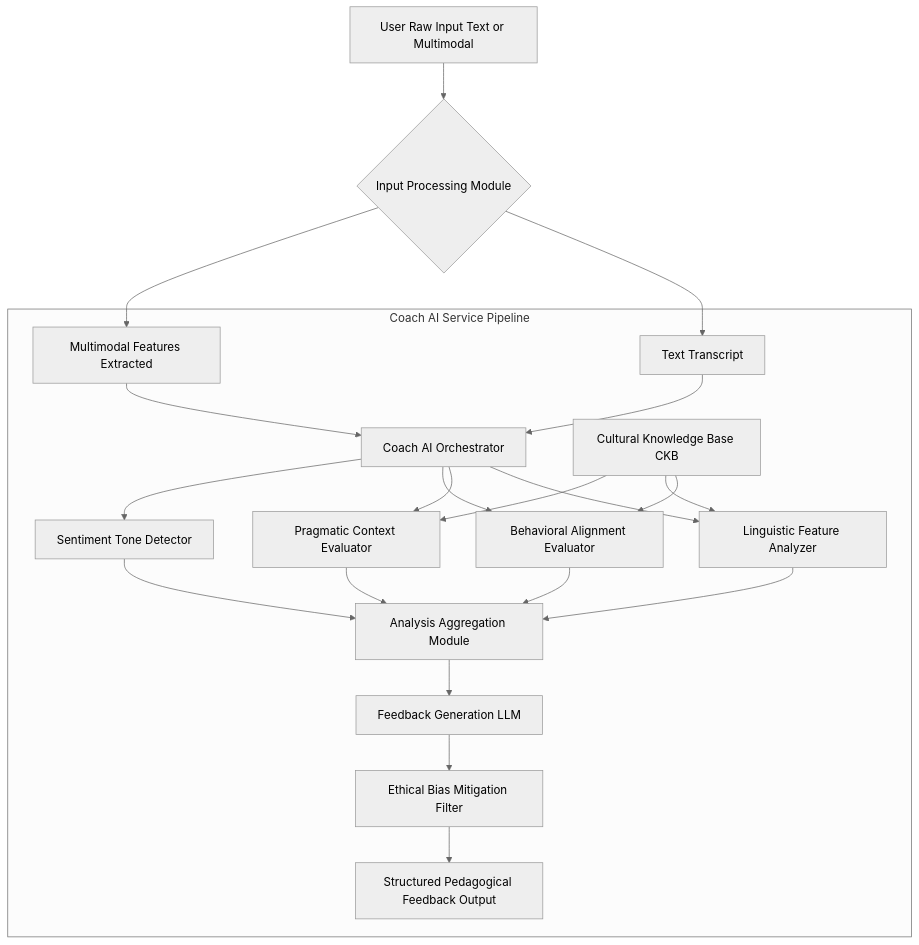
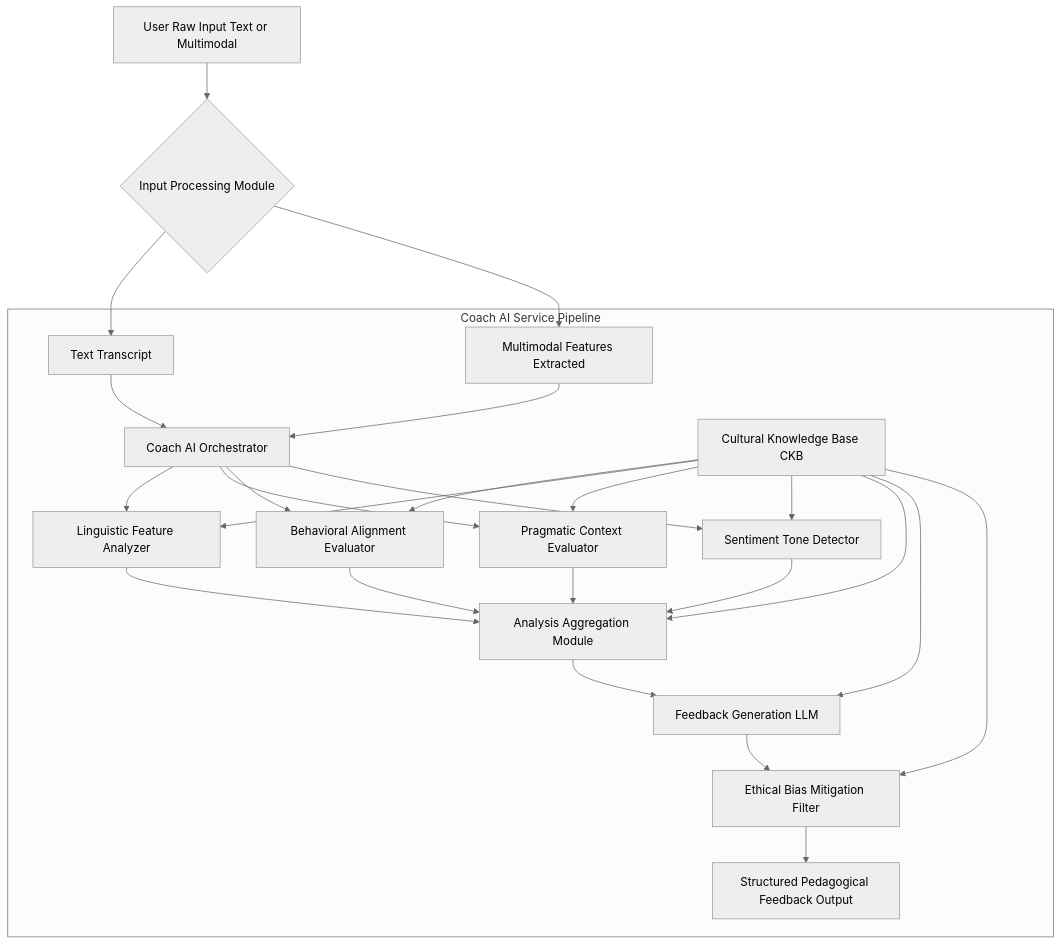
The first of 10 diagrams in inventions/inventions/019_cultural_communication_simulation_coach_ai_detailed_spec.md (diplomat-bit/Citibank_Demo_Business_Inc_Demonstration-), drawn with Mermaid (neutral theme) before and after one commit. The commit also changed other lines of this file, not shown here.

````diff
--- a/inventions/inventions/019_cultural_communication_simulation_coach_ai_detailed_spec.md
+++ b/inventions/inventions/019_cultural_communication_simulation_coach_ai_detailed_spec.md
@@ -13,29 +16,33 @@
 ```mermaid
 graph TD
     A[User Raw Input Text or Multimodal] --> B{Input Processing Module}
     B --> C[Text Transcript]
     B --> D[Multimodal Features Extracted]
 
     subgraph Coach AI Service Pipeline
         E[Coach AI Orchestrator]
         C --> E
         D --> E
 
         E --> F[Linguistic Feature Analyzer]
         E --> G[Pragmatic Context Evaluator]
         E --> H[Behavioral Alignment Evaluator]
         E --> I[Sentiment Tone Detector]
         J[Cultural Knowledge Base CKB] --> H
         J --> F
         J --> G
+        J --> I
+        J --> K[Analysis Aggregation Module]
+        J --> L[Feedback Generation LLM]
+        J --> M[Ethical Bias Mitigation Filter]
 
-        F --> K[Analysis Aggregation Module]
+        F --> K
         G --> K
         H --> K
         I --> K
 
-        K --> L[Feedback Generation LLM]
-        L --> M[Ethical Bias Mitigation Filter]
+        K --> L
+        L --> M
         M --> N[Structured Pedagogical Feedback Output]
     end
 ```
````
